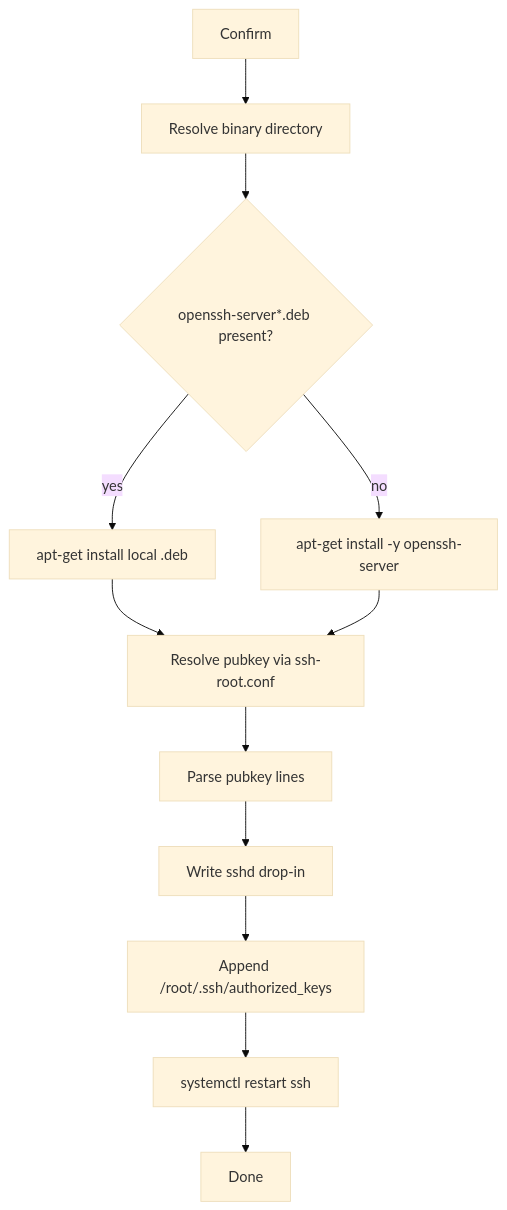
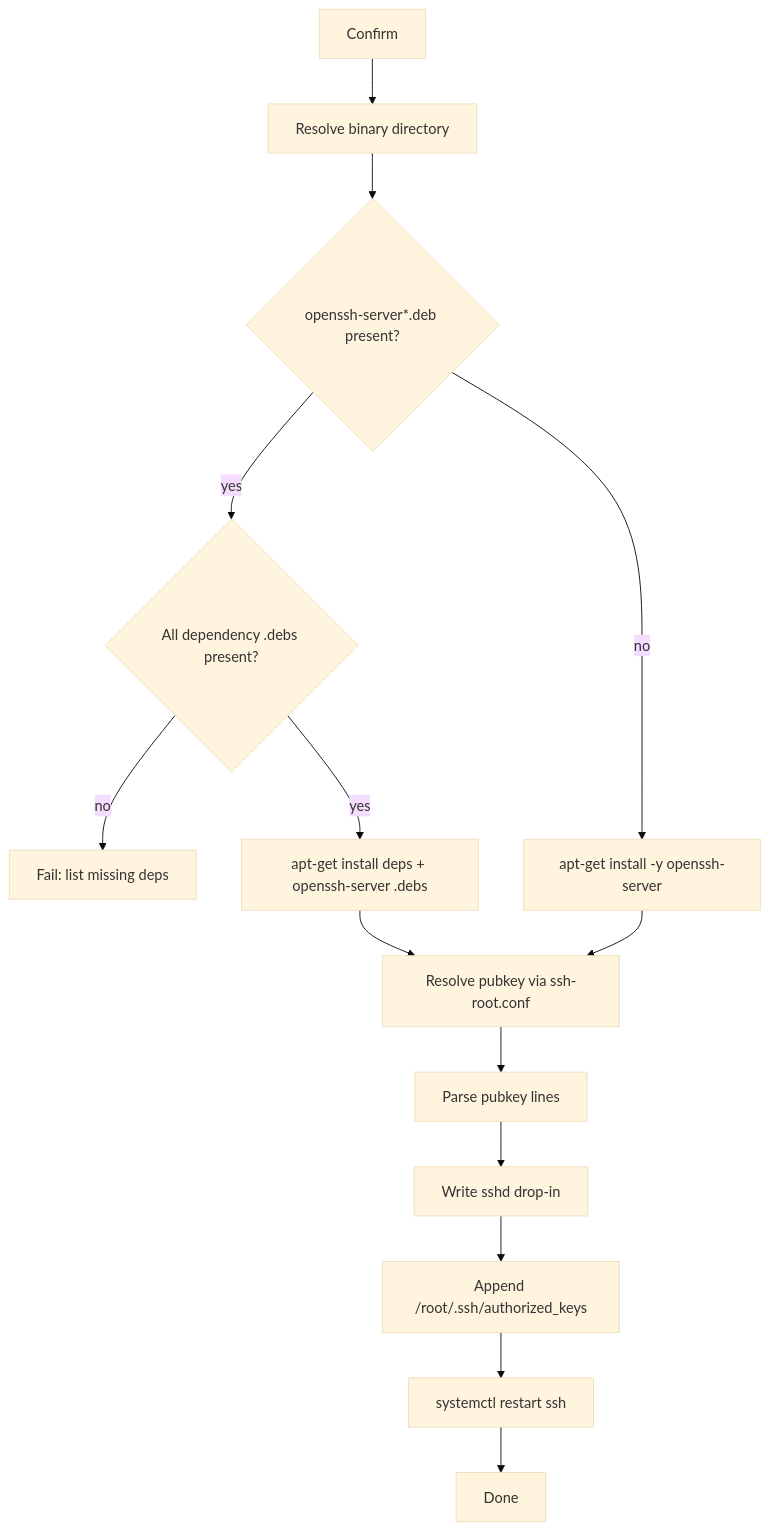
Before and after one commit to Songxwn/Debian-network-tui: the diagram in README.md, drawn with Mermaid (base theme). The commit also changed other lines of this file and 6 other files, not shown here.

Commit message:
Install openssh-server local dependency debs during SSH setup.

````diff
--- a/README.md
+++ b/README.md
@@ -149,14 +155,16 @@
 ```mermaid
 flowchart TD
   A[Confirm] --> B[Resolve binary directory]
   B --> C{openssh-server*.deb present?}
-  C -->|yes| D[apt-get install local .deb]
-  C -->|no| E[apt-get install -y openssh-server]
-  D --> F[Resolve pubkey via ssh-root.conf]
-  E --> F
-  F --> G[Parse pubkey lines]
-  G --> H[Write sshd drop-in]
-  H --> I[Append /root/.ssh/authorized_keys]
-  I --> J[systemctl restart ssh]
-  J --> K[Done]
+  C -->|yes| D{All dependency .debs present?}
+  D -->|no| X[Fail: list missing deps]
+  D -->|yes| E[apt-get install deps + openssh-server .debs]
+  C -->|no| F[apt-get install -y openssh-server]
+  E --> G[Resolve pubkey via ssh-root.conf]
+  F --> G
+  G --> H[Parse pubkey lines]
+  H --> I[Write sshd drop-in]
+  I --> J[Append /root/.ssh/authorized_keys]
+  J --> K[systemctl restart ssh]
+  K --> L[Done]
 ```
````
